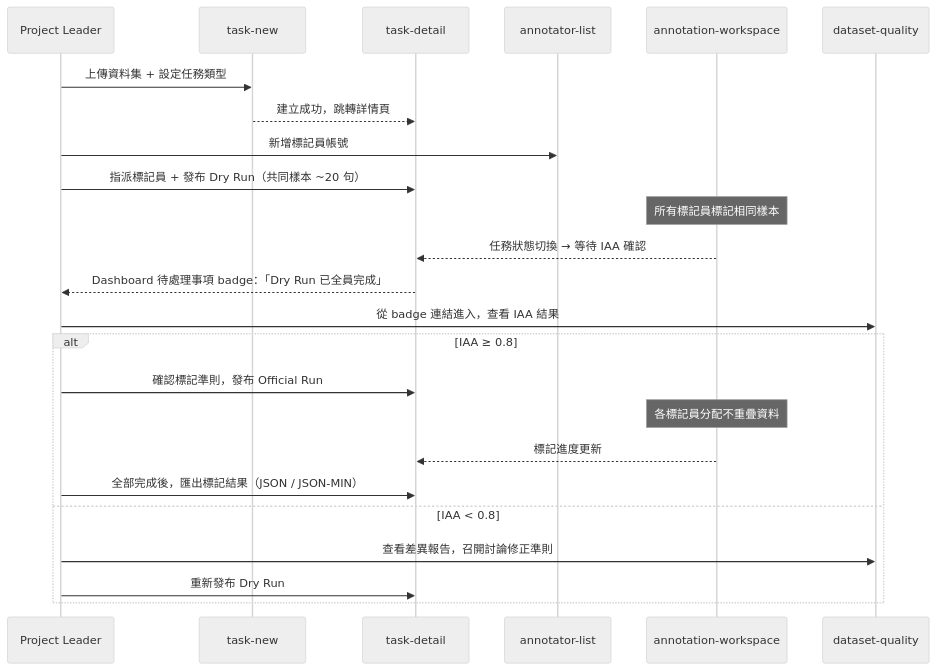
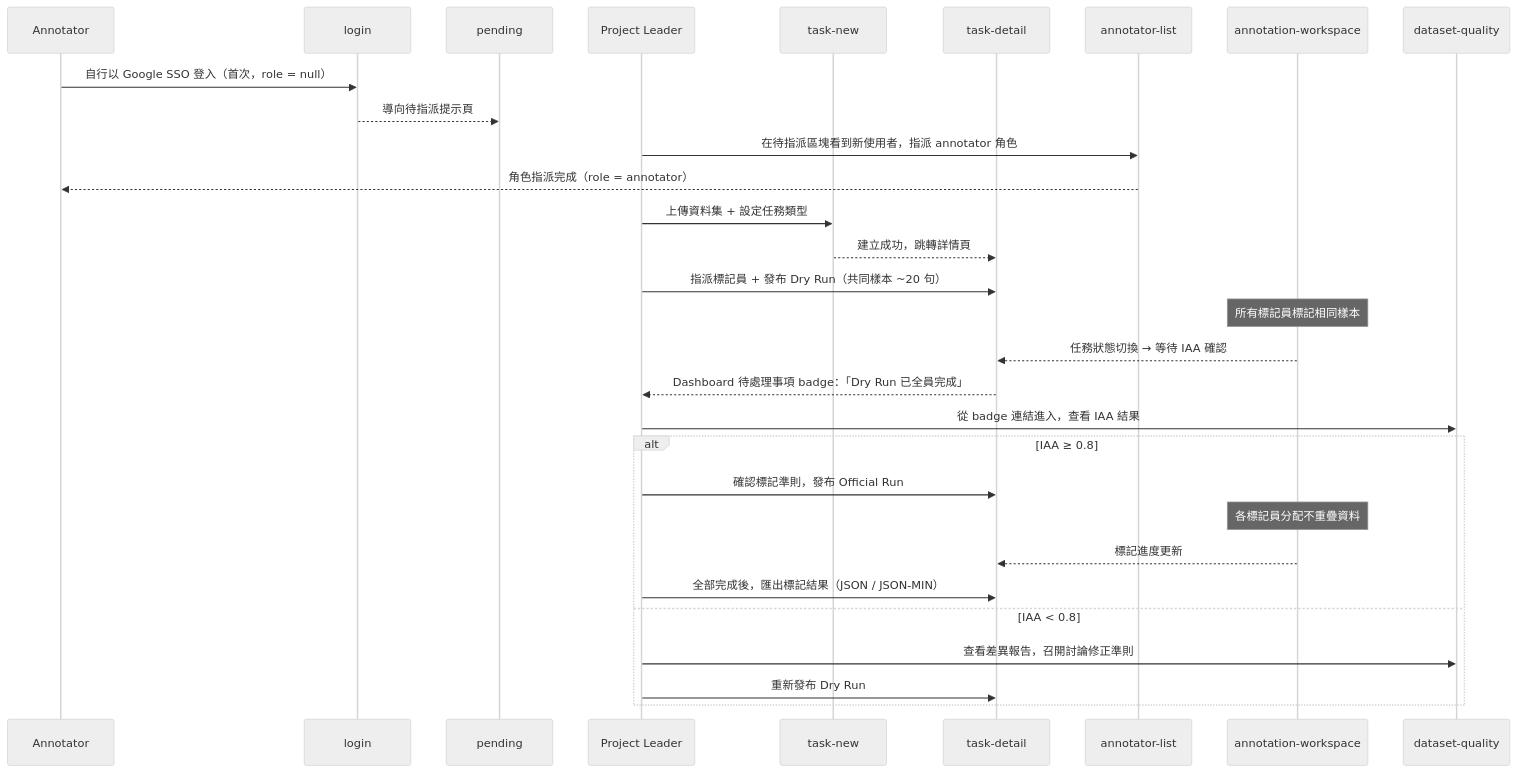
Before and after one commit to singyichen/label-suite: the second of 5 diagrams in docs/ia/information-architecture.md, drawn with Mermaid (neutral theme). The commit also changed other lines of this file and 26 other files, not shown here.

````diff
--- a/docs/ia/information-architecture.md
+++ b/docs/ia/information-architecture.md
@@ -316,27 +346,33 @@
 ```mermaid
 sequenceDiagram
+  participant AN as Annotator
+  participant LOGIN as login
+  participant PENDING as pending
   participant PL as Project Leader
   participant TN as task-new
   participant TD as task-detail
   participant AL as annotator-list
   participant AW as annotation-workspace
   participant DQ as dataset-quality
 
+  AN->>LOGIN: 自行以 Google SSO 登入（首次，role = null）
+  LOGIN-->>PENDING: 導向待指派提示頁
+  PL->>AL: 在待指派區塊看到新使用者，指派 annotator 角色
+  AL-->>AN: 角色指派完成（role = annotator）
   PL->>TN: 上傳資料集 + 設定任務類型
   TN-->>TD: 建立成功，跳轉詳情頁
-  PL->>AL: 新增標記員帳號
   PL->>TD: 指派標記員 + 發布 Dry Run（共同樣本 ~20 句）
   Note over AW: 所有標記員標記相同樣本
   AW-->>TD: 任務狀態切換 → 等待 IAA 確認
   TD-->>PL: Dashboard 待處理事項 badge：「Dry Run 已全員完成」
   PL->>DQ: 從 badge 連結進入，查看 IAA 結果
   alt IAA ≥ 0.8
     PL->>TD: 確認標記準則，發布 Official Run
     Note over AW: 各標記員分配不重疊資料
     AW-->>TD: 標記進度更新
     PL->>TD: 全部完成後，匯出標記結果（JSON / JSON-MIN）
   else IAA < 0.8
     PL->>DQ: 查看差異報告，召開討論修正準則
     PL->>TD: 重新發布 Dry Run
   end
 ```
````
